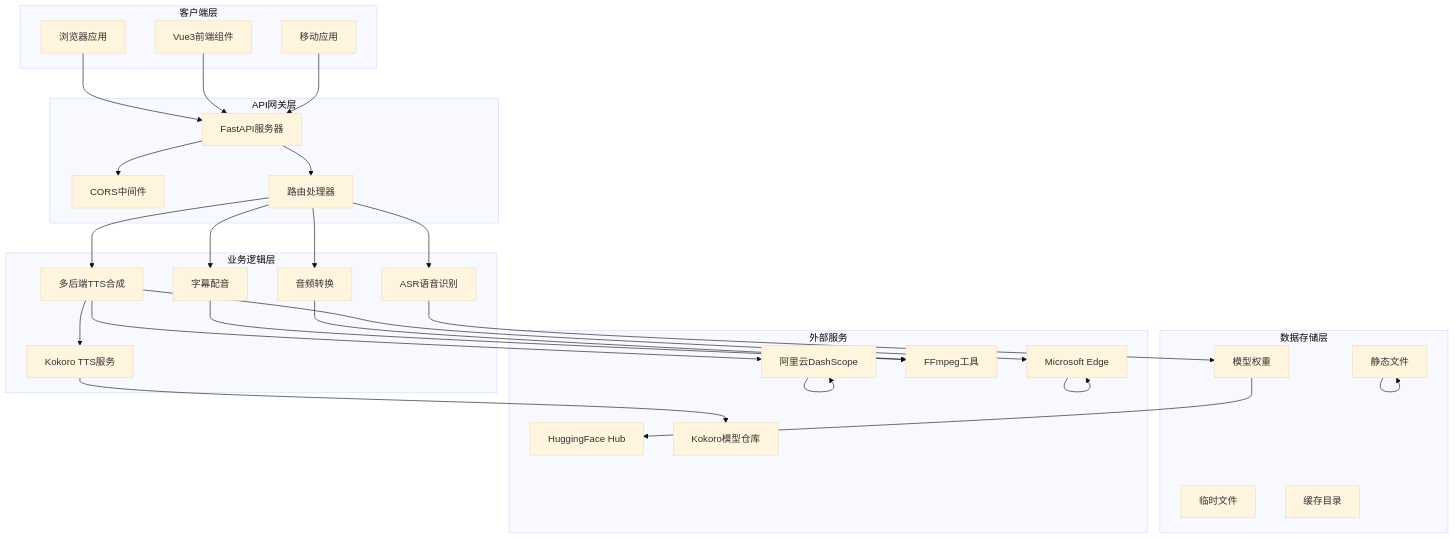
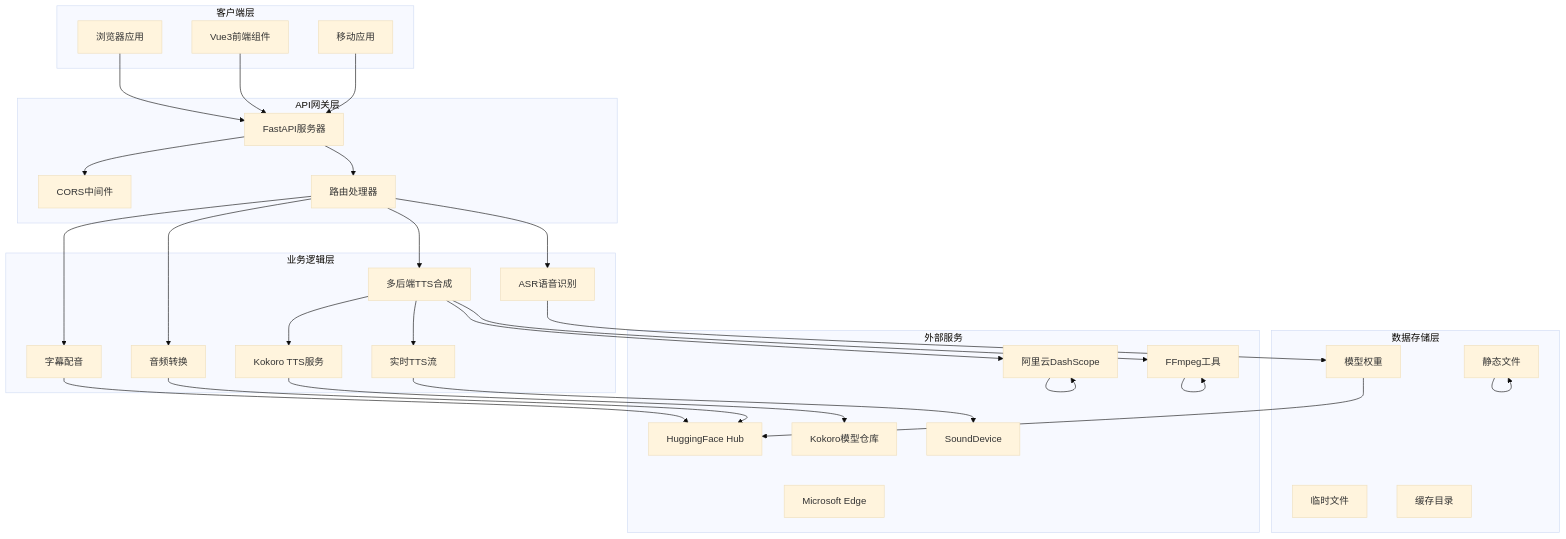
The second of 13 diagrams in .qoder/repowiki/zh/content/后端服务架构/后端服务架构.md (1024dashen/Vue3Speech), drawn with Mermaid (base theme) before and after one commit. The commit also changed other lines of this file and 9 other files, not shown here.

````diff
--- a/.qoder/repowiki/zh/content/后端服务架构/后端服务架构.md
+++ b/.qoder/repowiki/zh/content/后端服务架构/后端服务架构.md
@@ -133,53 +136,57 @@
 ```mermaid
 graph TB
 subgraph "客户端层"
 A[浏览器应用]
 B[Vue3前端组件]
 C[移动应用]
 end
 subgraph "API网关层"
 D[FastAPI服务器]
 E[CORS中间件]
 F[路由处理器]
 end
 subgraph "业务逻辑层"
 G[ASR语音识别]
 H[多后端TTS合成]
 I[字幕配音]
 J[音频转换]
 K[Kokoro TTS服务]
+L[实时TTS流]
 end
 subgraph "数据存储层"
-L[临时文件]
-M[缓存目录]
-N[模型权重]
-O[静态文件]
+M[临时文件]
+N[缓存目录]
+O[模型权重]
+P[静态文件]
 end
 subgraph "外部服务"
-P[阿里云DashScope]
-Q[HuggingFace Hub]
-R[FFmpeg工具]
-S[Microsoft Edge]
-T[Kokoro模型仓库]
+Q[阿里云DashScope]
+R[HuggingFace Hub]
+S[FFmpeg工具]
+T[Microsoft Edge]
+U[Kokoro模型仓库]
+V[SoundDevice]
 end
 A --> D
 B --> D
 C --> D
 D --> E
 D --> F
 F --> G
 F --> H
 F --> I
 F --> J
-G --> N
-H --> P
+G --> O
+H --> Q
 H --> S
 H --> K
+H --> L
 I --> R
 J --> R
-N --> Q
-K --> T
+O --> R
+K --> U
+L --> V
+Q --> Q
+S --> S
 P --> P
-S --> S
-O --> O
 ```
````
